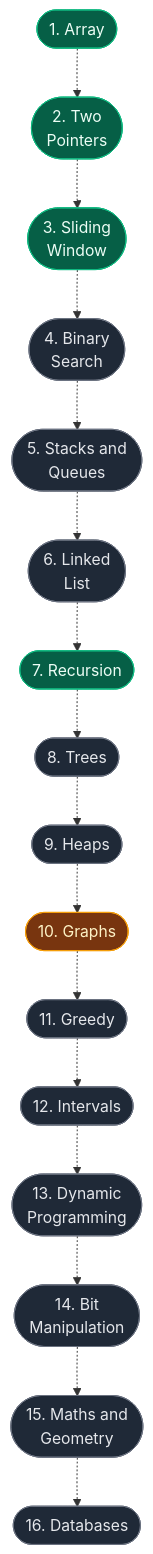
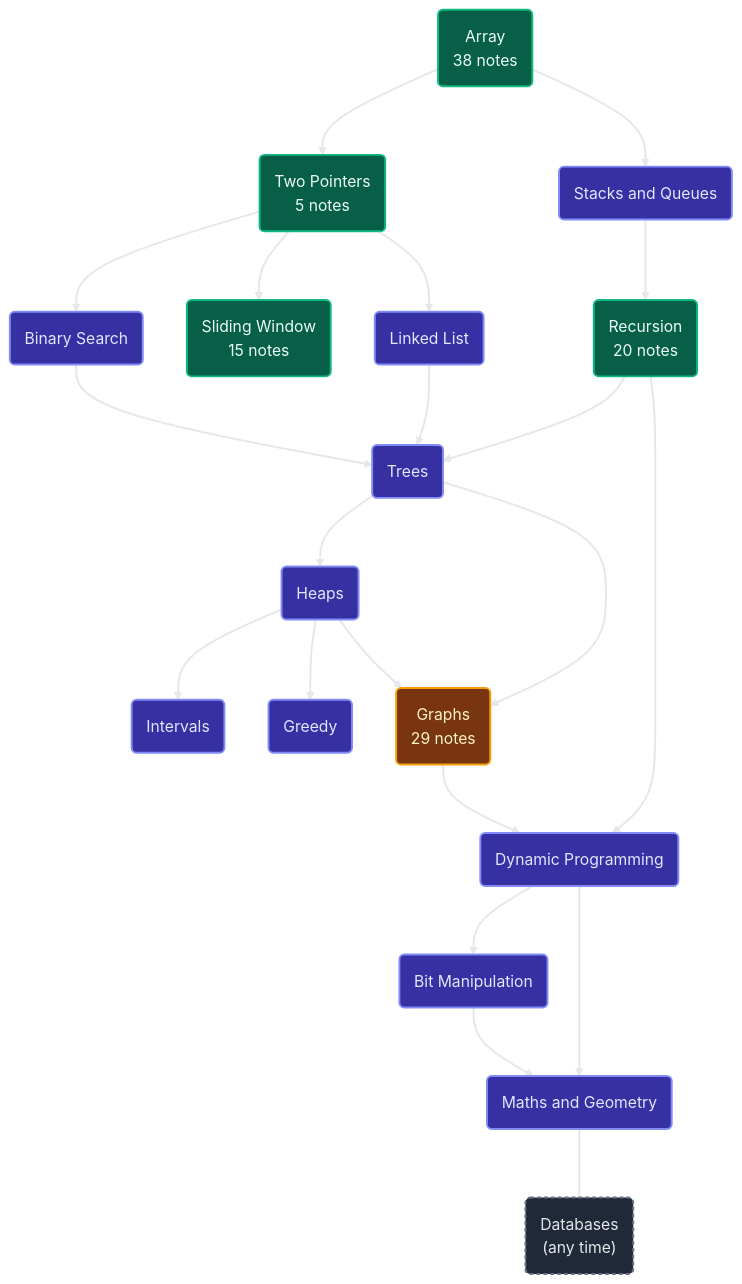
Before and after one commit to ajay-nikumbh/dsa-notes: the second of 2 diagrams in README.md, drawn with Mermaid. The commit also changed other lines of this file, not shown here.

Commit message:
Turn roadmap into a curved prerequisite tree
The roadmap is now a branching tree with curved edges (Mermaid basis
curve), like a skill tree: each arrow goes from a topic to the topics
that build on it. Completed topics show their note counts; planned
topics are blue; Databases is a separate dashed side track. The
paragraph above it explains how to read the tree.

````diff
--- a/README.md
+++ b/README.md
@@ -55,23 +57,47 @@
 ```mermaid
+%%{init: {"flowchart": {"curve": "basis", "nodeSpacing": 45, "rankSpacing": 70}}}%%
 flowchart TD
-    A(["1. Array"]):::done
-    A -.-> B(["2. Two<br/>Pointers"]):::done
-    B -.-> C(["3. Sliding<br/>Window"]):::done
-    C -.-> D(["4. Binary<br/>Search"]):::todo
-    D -.-> E(["5. Stacks and<br/>Queues"]):::todo
-    E -.-> F(["6. Linked<br/>List"]):::todo
-    F -.-> G(["7. Recursion"]):::done
-    G -.-> H(["8. Trees"]):::todo
-    H -.-> I(["9. Heaps"]):::todo
-    I -.-> J(["10. Graphs"]):::inprog
-    J -.-> K(["11. Greedy"]):::todo
-    K -.-> L(["12. Intervals"]):::todo
-    L -.-> M(["13. Dynamic<br/>Programming"]):::todo
-    M -.-> N(["14. Bit<br/>Manipulation"]):::todo
-    N -.-> O(["15. Maths and<br/>Geometry"]):::todo
-    O -.-> P(["16. Databases"]):::todo
+    ARR("Array<br/>38 notes"):::done
+    TP("Two Pointers<br/>5 notes"):::done
+    SQ("Stacks and Queues"):::todo
+    BS("Binary Search"):::todo
+    SW("Sliding Window<br/>15 notes"):::done
+    LL("Linked List"):::todo
+    REC("Recursion<br/>20 notes"):::done
+    TR("Trees"):::todo
+    HP("Heaps"):::todo
+    GR("Graphs<br/>29 notes"):::inprog
+    DP("Dynamic Programming"):::todo
+    IV("Intervals"):::todo
+    GD("Greedy"):::todo
+    BM("Bit Manipulation"):::todo
+    MG("Maths and Geometry"):::todo
+    DB("Databases<br/>(any time)"):::side
 
-    classDef done fill:#065f46,stroke:#10b981,color:#ecfdf5
-    classDef inprog fill:#78350f,stroke:#f59e0b,color:#fef3c7
-    classDef todo fill:#1f2937,stroke:#6b7280,color:#e5e7eb
+    ARR --> TP
+    ARR --> SQ
+    TP --> BS
+    TP --> SW
+    TP --> LL
+    SQ --> REC
+    BS --> TR
+    LL --> TR
+    REC --> TR
+    TR --> HP
+    TR --> GR
+    REC --> DP
+    HP --> IV
+    HP --> GD
+    HP --> GR
+    GR --> DP
+    DP --> BM
+    DP --> MG
+    BM --> MG
+    MG ~~~ DB
+
+    classDef done fill:#065f46,stroke:#10b981,stroke-width:2px,color:#ecfdf5
+    classDef inprog fill:#78350f,stroke:#f59e0b,stroke-width:2px,color:#fef3c7
+    classDef todo fill:#3730a3,stroke:#818cf8,stroke-width:2px,color:#e0e7ff
+    classDef side fill:#1f2937,stroke:#6b7280,stroke-width:2px,stroke-dasharray:4 3,color:#e5e7eb
+    linkStyle default stroke:#e5e7eb,stroke-width:2px
 ```
````
